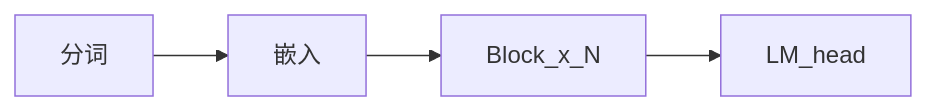
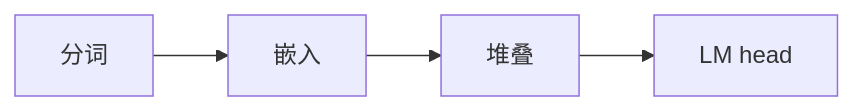
Before and after one commit to chaxus/arche: the diagram in web/src/content/beginner/cn/overview.md, drawn with Mermaid. The commit also changed other lines of this file and 51 other files, not shown here.

````diff
--- a/web/src/content/beginner/cn/overview.md
+++ b/web/src/content/beginner/cn/overview.md
@@ -19,6 +5,6 @@
 ```mermaid
 flowchart LR
   tok[分词] --> emb[嵌入]
-  emb --> stack[Block_x_N]
-  stack --> head[LM_head]
+  emb --> stack[堆叠]
+  stack --> head[LM head]
 ```
````
